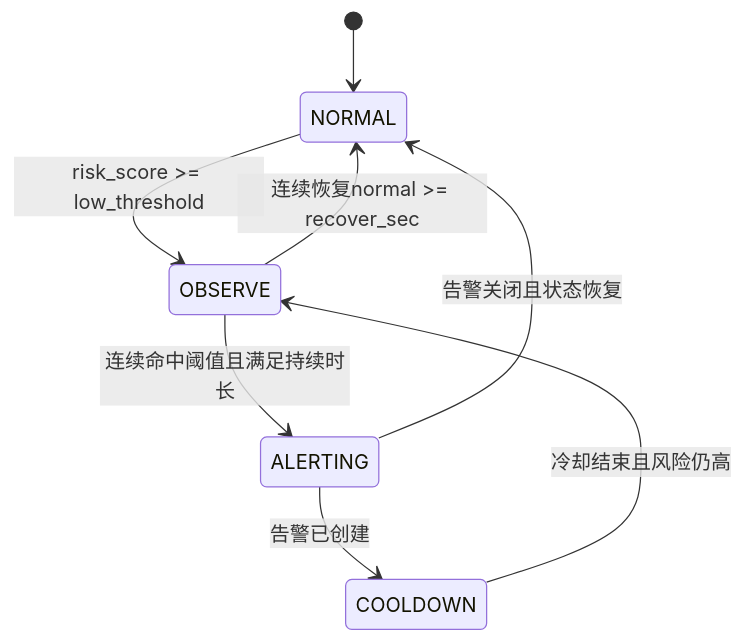
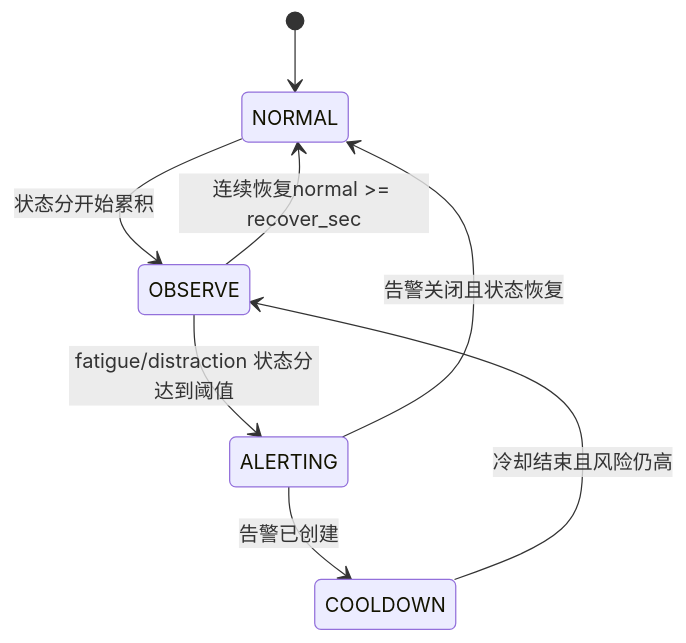
The diagram in docs/server-design/07-rule-engine.md (hEzzz1/DriveServer), drawn with Mermaid before and after one commit. The commit also changed other lines of this file and 16 other files, not shown here.

````diff
--- a/docs/server-design/07-rule-engine.md
+++ b/docs/server-design/07-rule-engine.md
@@ -42,10 +52,10 @@
 ```mermaid
 stateDiagram-v2
   [*] --> NORMAL
-  NORMAL --> OBSERVE: risk_score >= low_threshold
-  OBSERVE --> ALERTING: 连续命中阈值且满足持续时长
+  NORMAL --> OBSERVE: 状态分开始累积
+  OBSERVE --> ALERTING: fatigue/distraction 状态分达到阈值
   ALERTING --> COOLDOWN: 告警已创建
   COOLDOWN --> OBSERVE: 冷却结束且风险仍高
   OBSERVE --> NORMAL: 连续恢复normal >= recover_sec
   ALERTING --> NORMAL: 告警关闭且状态恢复
 ```
````
